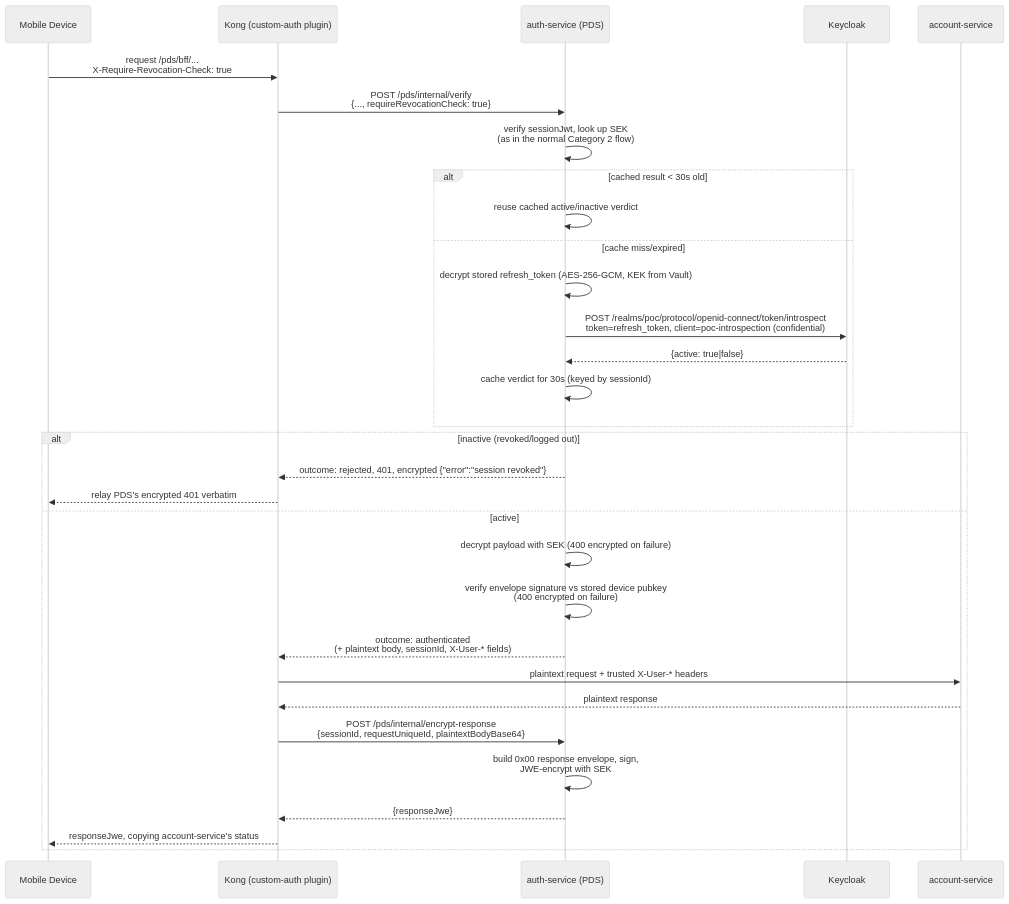
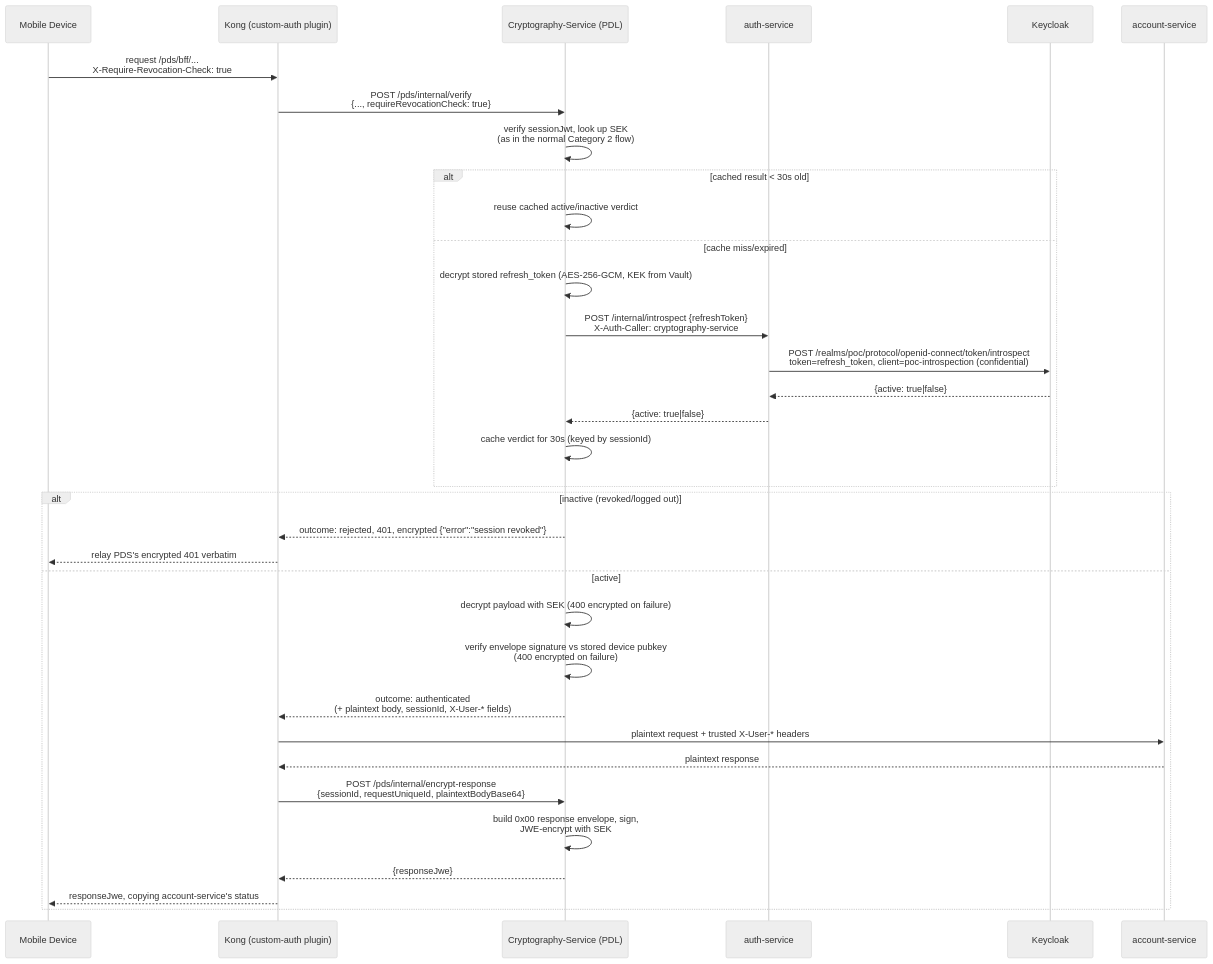
One commit to PinThapanawat/kong-custom-auth-poc changed the third of 3 diagrams in docs/encryption-workflow.md. Above: the diagram before and after it, drawn with Mermaid (neutral theme). The commit also changed other lines of this file and 13 other files, not shown here.

````diff
--- a/docs/encryption-workflow.md
+++ b/docs/encryption-workflow.md
@@ -124,34 +134,37 @@
 ```mermaid
 sequenceDiagram
     participant Device as Mobile Device
     participant Kong as Kong (custom-auth plugin)
-    participant PDS as auth-service (PDS)
+    participant PDS as Cryptography-Service (PDL)
+    participant Auth as auth-service
     participant Keycloak
     participant Account as account-service
 
     Device->>Kong: request /pds/bff/...<br/>X-Require-Revocation-Check: true
     Kong->>PDS: POST /pds/internal/verify<br/>{..., requireRevocationCheck: true}
     PDS->>PDS: verify sessionJwt, look up SEK<br/>(as in the normal Category 2 flow)
     alt cached result < 30s old
         PDS->>PDS: reuse cached active/inactive verdict
     else cache miss/expired
         PDS->>PDS: decrypt stored refresh_token (AES-256-GCM, KEK from Vault)
-        PDS->>Keycloak: POST /realms/poc/protocol/openid-connect/token/introspect<br/>token=refresh_token, client=poc-introspection (confidential)
-        Keycloak-->>PDS: {active: true|false}
+        PDS->>Auth: POST /internal/introspect {refreshToken}<br/>X-Auth-Caller: cryptography-service
+        Auth->>Keycloak: POST /realms/poc/protocol/openid-connect/token/introspect<br/>token=refresh_token, client=poc-introspection (confidential)
+        Keycloak-->>Auth: {active: true|false}
+        Auth-->>PDS: {active: true|false}
         PDS->>PDS: cache verdict for 30s (keyed by sessionId)
     end
     alt inactive (revoked/logged out)
         PDS-->>Kong: outcome: rejected, 401, encrypted {"error":"session revoked"}
         Kong-->>Device: relay PDS's encrypted 401 verbatim
     else active
         PDS->>PDS: decrypt payload with SEK (400 encrypted on failure)
         PDS->>PDS: verify envelope signature vs stored device pubkey<br/>(400 encrypted on failure)
         PDS-->>Kong: outcome: authenticated<br/>(+ plaintext body, sessionId, X-User-* fields)
         Kong->>Account: plaintext request + trusted X-User-* headers
         Account-->>Kong: plaintext response
         Kong->>PDS: POST /pds/internal/encrypt-response<br/>{sessionId, requestUniqueId, plaintextBodyBase64}
         PDS->>PDS: build 0x00 response envelope, sign,<br/>JWE-encrypt with SEK
         PDS-->>Kong: {responseJwe}
         Kong-->>Device: responseJwe, copying account-service's status
     end
 ```
````
